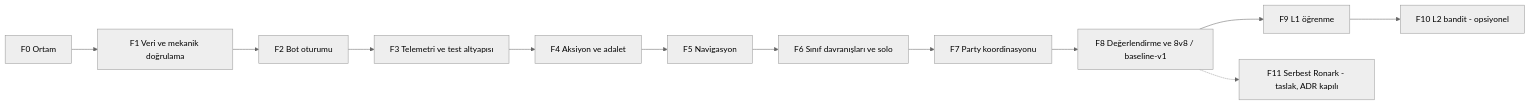
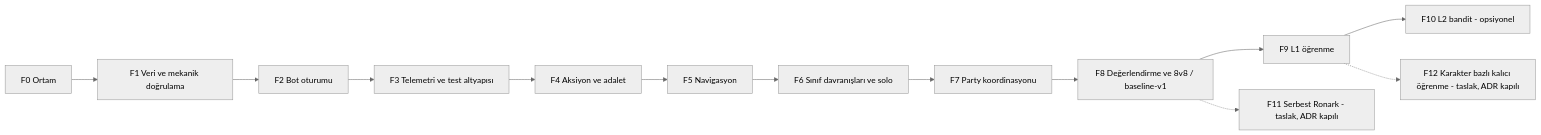
One commit to farukozdemirz/Fire-Drake-Project-v1453 changed the diagram in docs/17_IMPLEMENTATION_ROADMAP_AND_PHASE_GATES.md. Above: the diagram before and after it, drawn with Mermaid (neutral theme). The commit also changed other lines of this file and 10 other files, not shown here.

Commit message:
[değerlendirme] Proje sahibi kararları: ADR-0030..0033-DEG kesinleştirildi (F12 kalıcı öğrenme, killdiff_timed/wipe_first örnekleri, DB yazımı gerekçesi, arena/serbest mod ayrımı); docs/14-17, 04, 11, 12 güncellemesi; 16/20 karakter dökümü

````diff
--- a/docs/17_IMPLEMENTATION_ROADMAP_AND_PHASE_GATES.md
+++ b/docs/17_IMPLEMENTATION_ROADMAP_AND_PHASE_GATES.md
@@ -11,14 +11,15 @@
 ```mermaid
 flowchart LR
   F0[F0 Ortam] --> F1[F1 Veri ve mekanik doğrulama]
   F1 --> F2[F2 Bot oturumu]
   F2 --> F3[F3 Telemetri ve test altyapısı]
   F3 --> F4[F4 Aksiyon ve adalet]
   F4 --> F5[F5 Navigasyon]
   F5 --> F6[F6 Sınıf davranışları ve solo]
   F6 --> F7[F7 Party koordinasyonu]
   F7 --> F8[F8 Değerlendirme ve 8v8 / baseline-v1]
   F8 --> F9[F9 L1 öğrenme]
   F9 --> F10[F10 L2 bandit - opsiyonel]
   F8 -.-> F11[F11 Serbest Ronark - taslak, ADR kapılı]
+  F9 -.-> F12[F12 Karakter bazlı kalıcı öğrenme - taslak, ADR kapılı]
 ```
````
